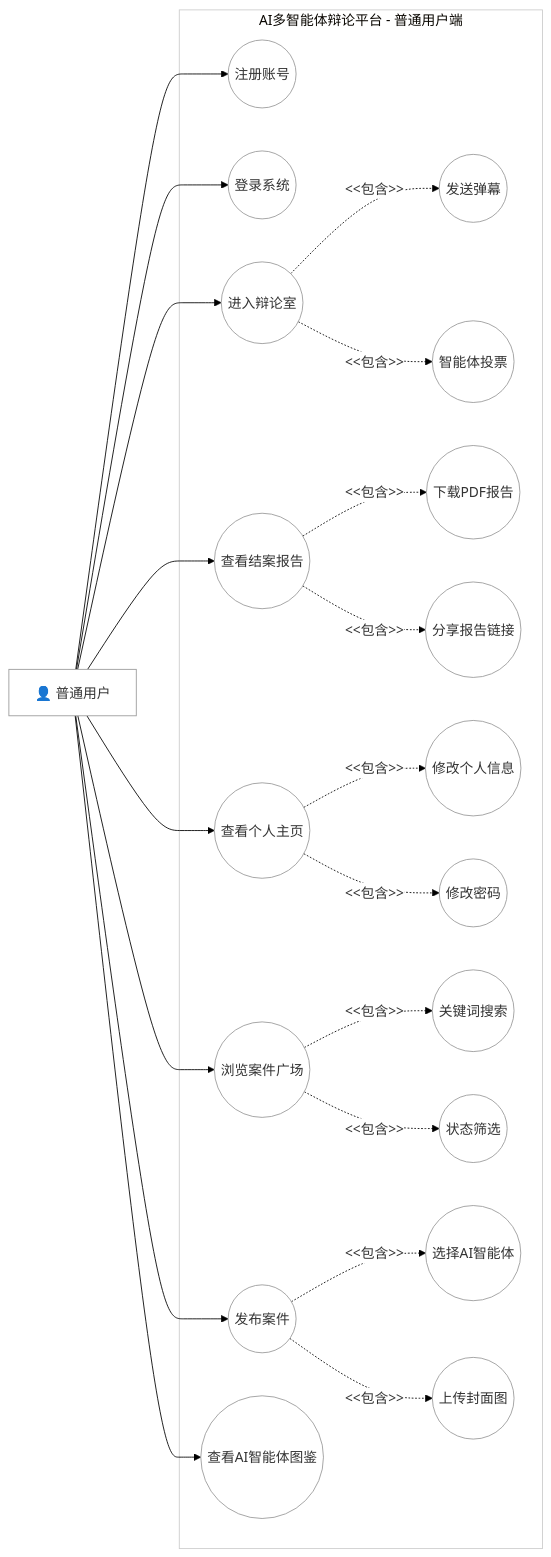
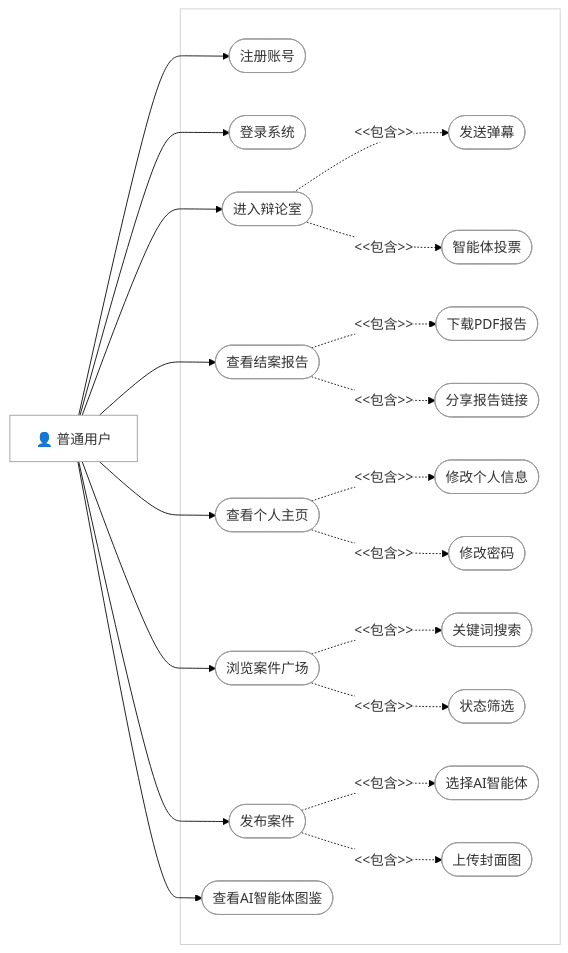
The first of 9 diagrams in docs/毕设图表.md (huangkaihao666/graduate-design), drawn with Mermaid before and after one commit. The commit also changed other lines of this file and 1 other file, not shown here.

Commit message:
feat: 完善图表readme

````diff
--- a/docs/毕设图表.md
+++ b/docs/毕设图表.md
@@ -142,42 +142,44 @@
 ```mermaid
 %%{init: {'theme': 'base', 'themeVariables': {'background': '#ffffff', 'mainBkg': '#ffffff', 'clusterBkg': '#ffffff', 'clusterBorder': '#cccccc', 'nodeBorder': '#999999', 'nodeTextColor': '#000000', 'edgeLabelBackground': '#ffffff'}}}%%
-graph LR
+flowchart LR
+    classDef uc fill:#fff,stroke:#999,rx:50,ry:25
+
     actor["👤 普通用户"]
 
-    subgraph sys["AI多智能体辩论平台 - 普通用户端"]
-        UC1(("注册账号"))
-        UC2(("登录系统"))
-        UC3(("浏览案件广场"))
-        UC4(("发布案件"))
-        UC5(("进入辩论室"))
-        UC6(("发送弹幕"))
-        UC7(("智能体投票"))
-        UC8(("查看结案报告"))
-        UC9(("下载PDF报告"))
-        UC10(("分享报告链接"))
-        UC11(("查看个人主页"))
-        UC12(("修改个人信息"))
-        UC13(("修改密码"))
-        UC14(("查看AI智能体图鉴"))
+    subgraph sys[" "]
+        UC1(["注册账号"]):::uc
+        UC2(["登录系统"]):::uc
+        UC3(["浏览案件广场"]):::uc
+        UC4(["发布案件"]):::uc
+        UC5(["进入辩论室"]):::uc
+        UC6(["发送弹幕"]):::uc
+        UC7(["智能体投票"]):::uc
+        UC8(["查看结案报告"]):::uc
+        UC9(["下载PDF报告"]):::uc
+        UC10(["分享报告链接"]):::uc
+        UC11(["查看个人主页"]):::uc
+        UC12(["修改个人信息"]):::uc
+        UC13(["修改密码"]):::uc
+        UC14(["查看AI智能体图鉴"]):::uc
 
-        UC3 -. "<<包含>>" .-> UC3a(("关键词搜索"))
-        UC3 -. "<<包含>>" .-> UC3b(("状态筛选"))
-        UC4 -. "<<包含>>" .-> UC4a(("选择AI智能体"))
-        UC4 -. "<<包含>>" .-> UC4b(("上传封面图"))
+        UC3 -. "<<包含>>" .-> UC3a(["关键词搜索"]):::uc
+        UC3 -. "<<包含>>" .-> UC3b(["状态筛选"]):::uc
+        UC4 -. "<<包含>>" .-> UC4a(["选择AI智能体"]):::uc
+        UC4 -. "<<包含>>" .-> UC4b(["上传封面图"]):::uc
         UC5 -. "<<包含>>" .-> UC6
         UC5 -. "<<包含>>" .-> UC7
         UC8 -. "<<包含>>" .-> UC9
         UC8 -. "<<包含>>" .-> UC10
         UC11 -. "<<包含>>" .-> UC12
         UC11 -. "<<包含>>" .-> UC13
     end
 
     actor --> UC1
     actor --> UC2
     actor --> UC3
     actor --> UC4
     actor --> UC5
     actor --> UC8
     actor --> UC11
     actor --> UC14
 ```
````
